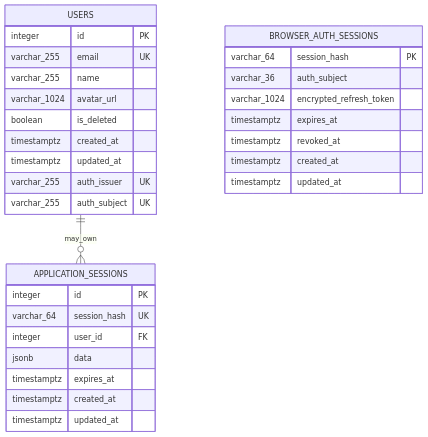
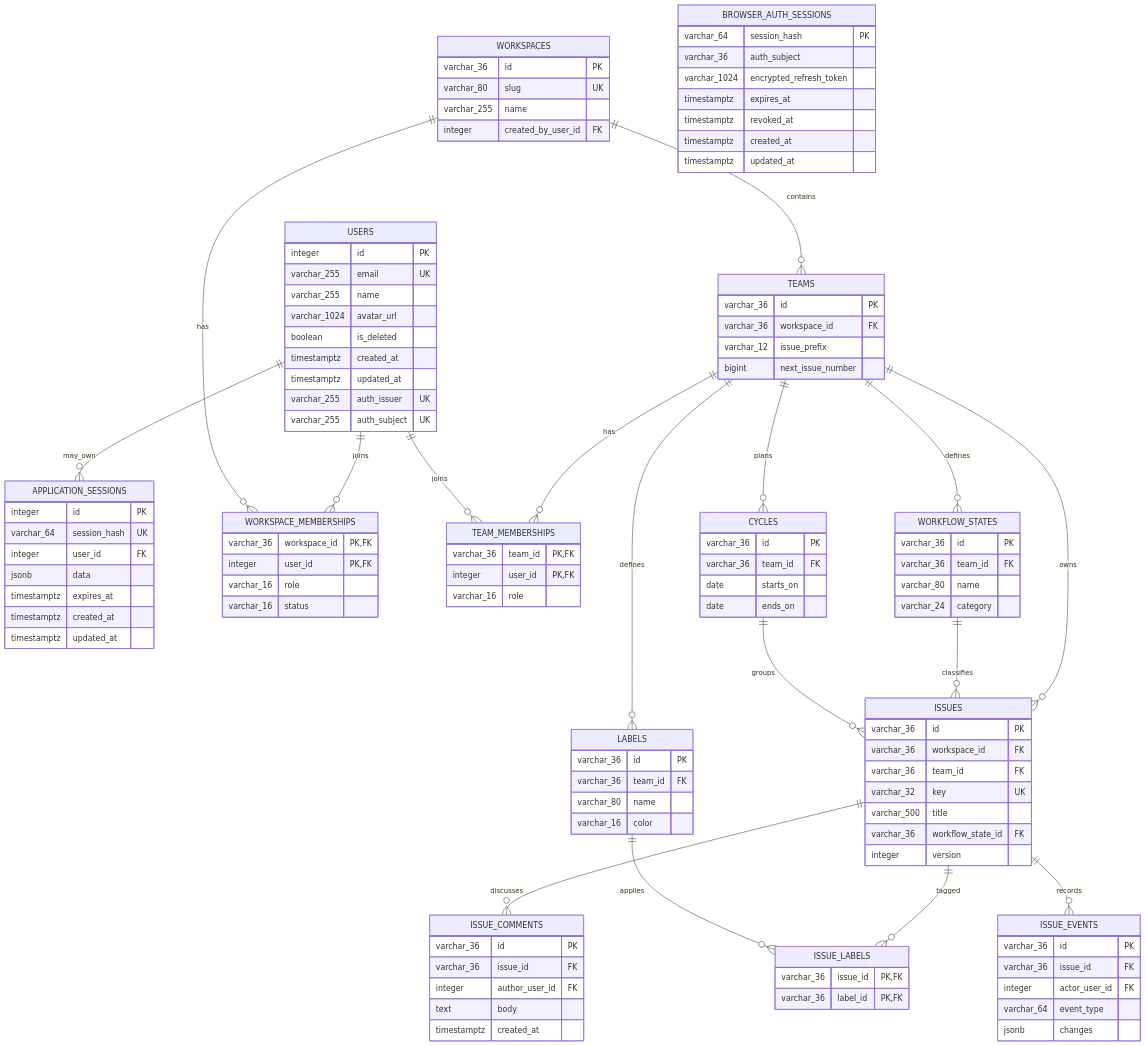
The second of 2 diagrams in docs/data-model/00-current-schema-map.md (wangd606/commonplan-api), drawn with Mermaid before and after one commit. The commit also changed other lines of this file and 10 other files, not shown here.

````diff
--- a/docs/data-model/00-current-schema-map.md
+++ b/docs/data-model/00-current-schema-map.md
@@ -66,6 +66,21 @@
 ```mermaid
 erDiagram
     USERS ||--o{ APPLICATION_SESSIONS : may_own
+    USERS ||--o{ WORKSPACE_MEMBERSHIPS : joins
+    WORKSPACES ||--o{ WORKSPACE_MEMBERSHIPS : has
+    WORKSPACES ||--o{ TEAMS : contains
+    TEAMS ||--o{ TEAM_MEMBERSHIPS : has
+    USERS ||--o{ TEAM_MEMBERSHIPS : joins
+    TEAMS ||--o{ WORKFLOW_STATES : defines
+    TEAMS ||--o{ CYCLES : plans
+    TEAMS ||--o{ LABELS : defines
+    TEAMS ||--o{ ISSUES : owns
+    WORKFLOW_STATES ||--o{ ISSUES : classifies
+    CYCLES ||--o{ ISSUES : groups
+    ISSUES ||--o{ ISSUE_LABELS : tagged
+    LABELS ||--o{ ISSUE_LABELS : applies
+    ISSUES ||--o{ ISSUE_COMMENTS : discusses
+    ISSUES ||--o{ ISSUE_EVENTS : records
 
     USERS {
         integer id PK
@@ -87,6 +102,74 @@
         timestamptz created_at
         timestamptz updated_at
     }
+    WORKSPACE_MEMBERSHIPS {
+        varchar_36 workspace_id PK, FK
+        integer user_id PK, FK
+        varchar_16 role
+        varchar_16 status
+    }
+    TEAM_MEMBERSHIPS {
+        varchar_36 team_id PK, FK
+        integer user_id PK, FK
+        varchar_16 role
+    }
+    WORKSPACES {
+        varchar_36 id PK
+        varchar_80 slug UK
+        varchar_255 name
+        integer created_by_user_id FK
+    }
+    TEAMS {
+        varchar_36 id PK
+        varchar_36 workspace_id FK
+        varchar_12 issue_prefix
+        bigint next_issue_number
+    }
+    WORKFLOW_STATES {
+        varchar_36 id PK
+        varchar_36 team_id FK
+        varchar_80 name
+        varchar_24 category
+    }
+    CYCLES {
+        varchar_36 id PK
+        varchar_36 team_id FK
+        date starts_on
+        date ends_on
+    }
+    LABELS {
+        varchar_36 id PK
+        varchar_36 team_id FK
+        varchar_80 name
+        varchar_16 color
+    }
+    ISSUES {
+        varchar_36 id PK
+        varchar_36 workspace_id FK
+        varchar_36 team_id FK
+        varchar_32 key UK
+        varchar_500 title
+        varchar_36 workflow_state_id FK
+        integer version
+    }
+    ISSUE_LABELS {
+        varchar_36 issue_id PK, FK
+        varchar_36 label_id PK, FK
+    }
+    ISSUE_COMMENTS {
+        varchar_36 id PK
+        varchar_36 issue_id FK
+        integer author_user_id FK
+        text body
+        timestamptz created_at
+    }
+    ISSUE_EVENTS {
+        varchar_36 id PK
+        varchar_36 issue_id FK
+        integer actor_user_id FK
+        varchar_64 event_type
+        jsonb changes
+    }
     BROWSER_AUTH_SESSIONS {
         varchar_64 session_hash PK
         varchar_36 auth_subject
````
